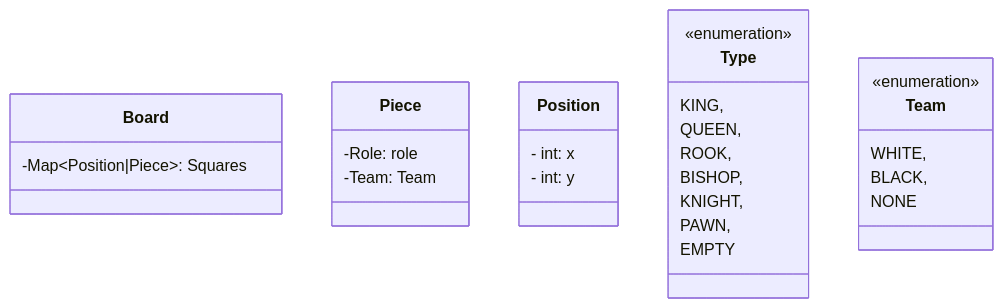
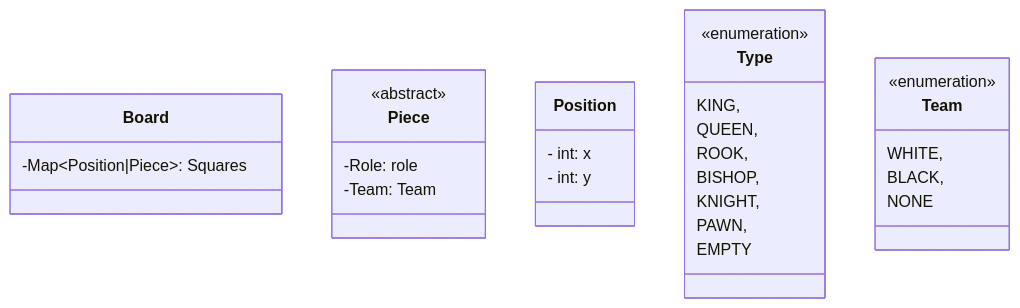
Before and after one commit to woowacourse/java-chess: the first of 5 diagrams in README.md, drawn with Mermaid. The commit also changed other lines of this file, not shown here.

Commit message:
docs: mermaid 상태 다이어그램 추가

````diff
--- a/README.md
+++ b/README.md
@@ -9,36 +9,35 @@
 ```mermaid
 classDiagram
+  class Board {
+    -Map~Position|Piece~: Squares
+  }
 
-    class Board {
-        -Map~Position|Piece~: Squares
-    }
+  class Piece {
+    <<abstract>>
+    -Role: role
+    -Team: Team
+  }
 
-    class Piece {
-        -Role: role
-        -Team: Team
-    }
+  class Position {
+    - int: x
+    - int: y
+  }
 
-    class Position {
-        - int: x
-        - int: y
-    }
+  class Type {
+    <<enumeration>>
+    KING,
+    QUEEN,
+    ROOK,
+    BISHOP,
+    KNIGHT,
+    PAWN,
+    EMPTY
+  }
 
-    class Type {
-        <<enumeration>>
-        KING,
-        QUEEN,
-        ROOK,
-        BISHOP,
-        KNIGHT,
-        PAWN,
-        EMPTY
-    }
-
-    class Team {
-        <<enumeration>>
-        WHITE,
-        BLACK,
-        NONE
-    }
-
+  class Team {
+    <<enumeration>>
+    WHITE,
+    BLACK,
+    NONE
+  }
 ```
````
